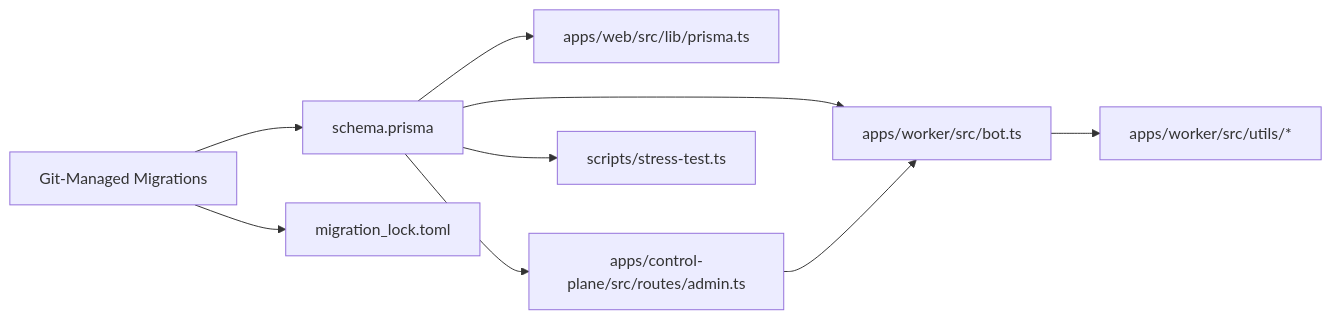
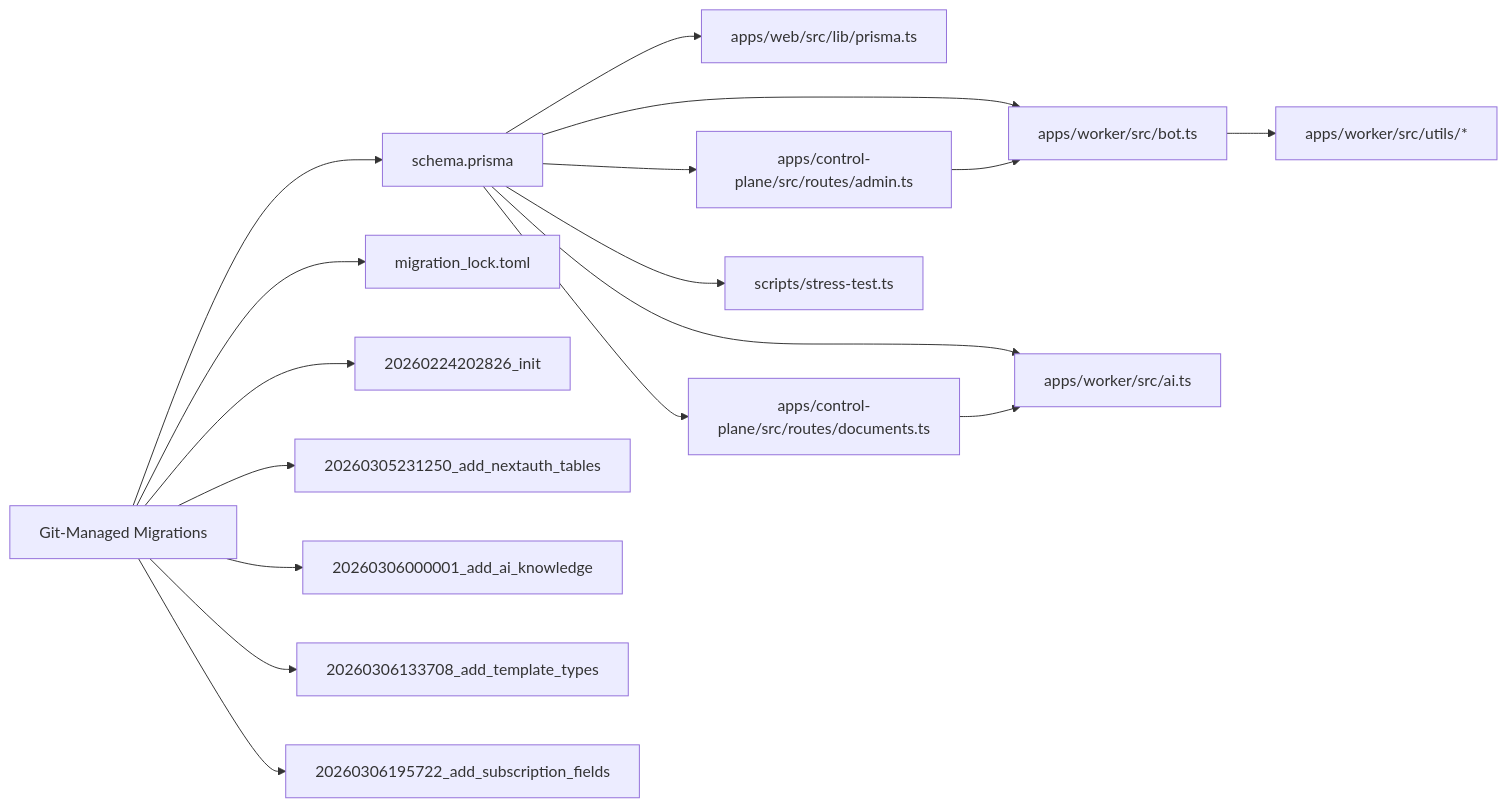
One commit to askchiwa-spec/FLOW-HQ-BOT changed the seventh of 7 diagrams in .qoder/repowiki/en/content/Database Design/Database Design.md. Above: the diagram before and after it, drawn with Mermaid. The commit also changed other lines of this file and 27 other files, not shown here.

````diff
--- a/.qoder/repowiki/en/content/Database Design/Database Design.md
+++ b/.qoder/repowiki/en/content/Database Design/Database Design.md
@@ -494,11 +648,19 @@
 ```mermaid
 graph LR
 SCHEMA["schema.prisma"] --> WEB["apps/web/src/lib/prisma.ts"]
 SCHEMA --> CTRL["apps/control-plane/src/routes/admin.ts"]
+SCHEMA --> CTRL_DOC["apps/control-plane/src/routes/documents.ts"]
 SCHEMA --> BOT["apps/worker/src/bot.ts"]
+SCHEMA --> AI["apps/worker/src/ai.ts"]
 SCHEMA --> TEST["scripts/stress-test.ts"]
 CTRL --> BOT
+CTRL_DOC --> AI
 BOT --> UTILS["apps/worker/src/utils/*"]
 MIGRATION["Git-Managed Migrations"] --> SCHEMA
 MIGRATION --> LOCK["migration_lock.toml"]
+MIGRATION --> INIT["20260224202826_init"]
+MIGRATION --> NEXTAUTH["20260305231250_add_nextauth_tables"]
+MIGRATION --> AI_MIG["20260306000001_add_ai_knowledge"]
+MIGRATION --> TEMPLATES["20260306133708_add_template_types"]
+MIGRATION --> SUBSCRIPTION["20260306195722_add_subscription_fields"]
 ```
````
